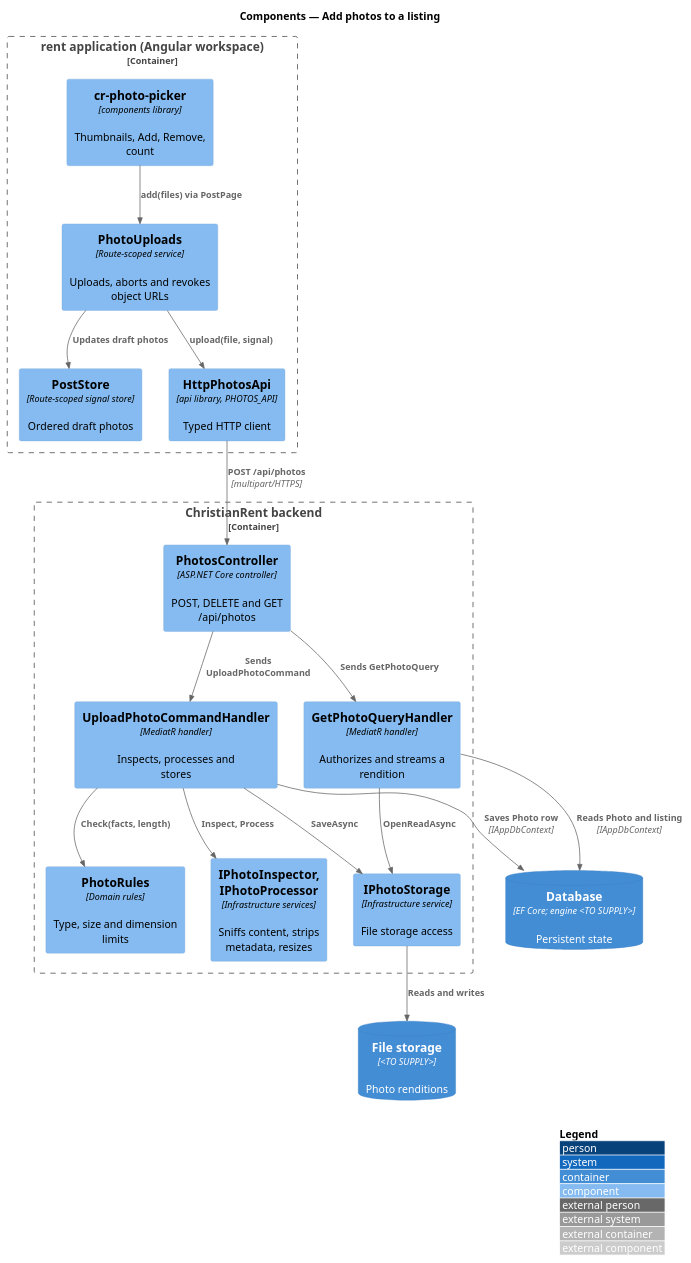
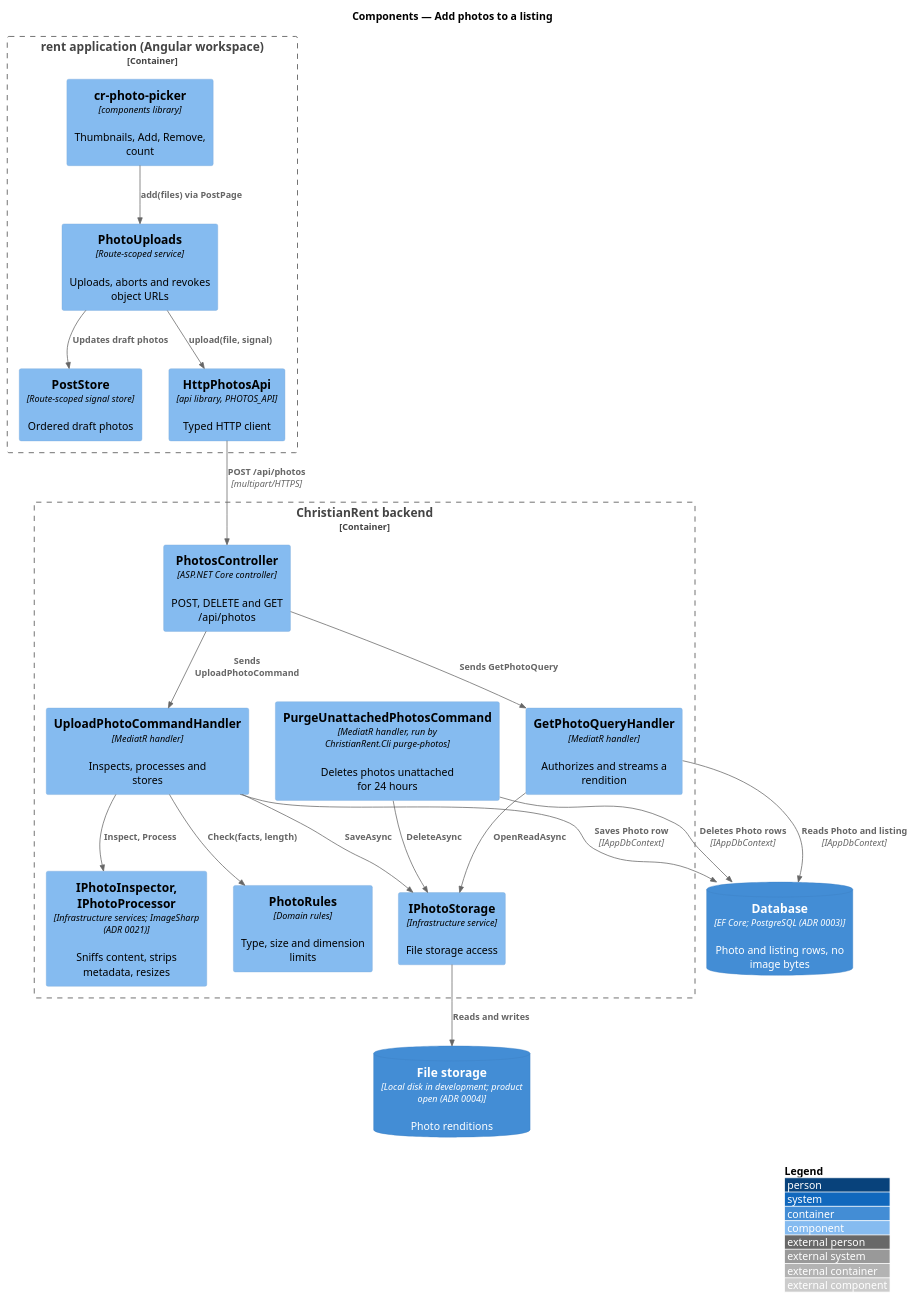
One commit to QuinntyneBrown/christian-rent changed the diagram in docs/detailed-designs/post/add-photos/diagrams/c4-component.puml. Above: the diagram before and after it, drawn with PlantUML. The commit also changed 33 other files, not shown here.

First line of the commit message:
Decide uploading photos' open points: ADR 0021, the requirements, the photo-failed mock and the add-photos design

```diff
--- a/docs/detailed-designs/post/add-photos/diagrams/c4-component.puml
+++ b/docs/detailed-designs/post/add-photos/diagrams/c4-component.puml
@@ -1,35 +1,38 @@
 @startuml
 !include <C4/C4_Component>
 LAYOUT_WITH_LEGEND()
 title Components — Add photos to a listing
 
 Container_Boundary(spa, "rent application (Angular workspace)") {
   Component(picker, "cr-photo-picker", "components library", "Thumbnails, Add, Remove, count")
   Component(uploads, "PhotoUploads", "Route-scoped service", "Uploads, aborts and revokes object URLs")
   Component(store, "PostStore", "Route-scoped signal store", "Ordered draft photos")
   Component(client, "HttpPhotosApi", "api library, PHOTOS_API", "Typed HTTP client")
 }
 Container_Boundary(api, "ChristianRent backend") {
   Component(ctrl, "PhotosController", "ASP.NET Core controller", "POST, DELETE and GET /api/photos")
+  Component(purge, "PurgeUnattachedPhotosCommand", "MediatR handler, run by ChristianRent.Cli purge-photos", "Deletes photos unattached for 24 hours")
   Component(up, "UploadPhotoCommandHandler", "MediatR handler", "Inspects, processes and stores")
   Component(get, "GetPhotoQueryHandler", "MediatR handler", "Authorizes and streams a rendition")
   Component(rules, "PhotoRules", "Domain rules", "Type, size and dimension limits")
-  Component(insp, "IPhotoInspector, IPhotoProcessor", "Infrastructure services", "Sniffs content, strips metadata, resizes")
+  Component(insp, "IPhotoInspector, IPhotoProcessor", "Infrastructure services; ImageSharp (ADR 0021)", "Sniffs content, strips metadata, resizes")
   Component(store2, "IPhotoStorage", "Infrastructure service", "File storage access")
 }
-ContainerDb(db, "Database", "EF Core; engine <TO SUPPLY>", "Persistent state")
-ContainerDb(files, "File storage", "<TO SUPPLY>", "Photo renditions")
+ContainerDb(db, "Database", "EF Core; PostgreSQL (ADR 0003)", "Photo and listing rows, no image bytes")
+ContainerDb(files, "File storage", "Local disk in development; product open (ADR 0004)", "Photo renditions")
 Rel(picker, uploads, "add(files) via PostPage")
 Rel(uploads, store, "Updates draft photos")
 Rel(uploads, client, "upload(file, signal)")
 Rel(client, ctrl, "POST /api/photos", "multipart/HTTPS")
 Rel(ctrl, up, "Sends UploadPhotoCommand")
 Rel(ctrl, get, "Sends GetPhotoQuery")
 Rel(up, insp, "Inspect, Process")
 Rel(up, rules, "Check(facts, length)")
 Rel(up, store2, "SaveAsync")
 Rel(get, store2, "OpenReadAsync")
+Rel(purge, store2, "DeleteAsync")
+Rel(purge, db, "Deletes Photo rows", "IAppDbContext")
 Rel(store2, files, "Reads and writes")
 Rel(up, db, "Saves Photo row", "IAppDbContext")
 Rel(get, db, "Reads Photo and listing", "IAppDbContext")
 @enduml
```
